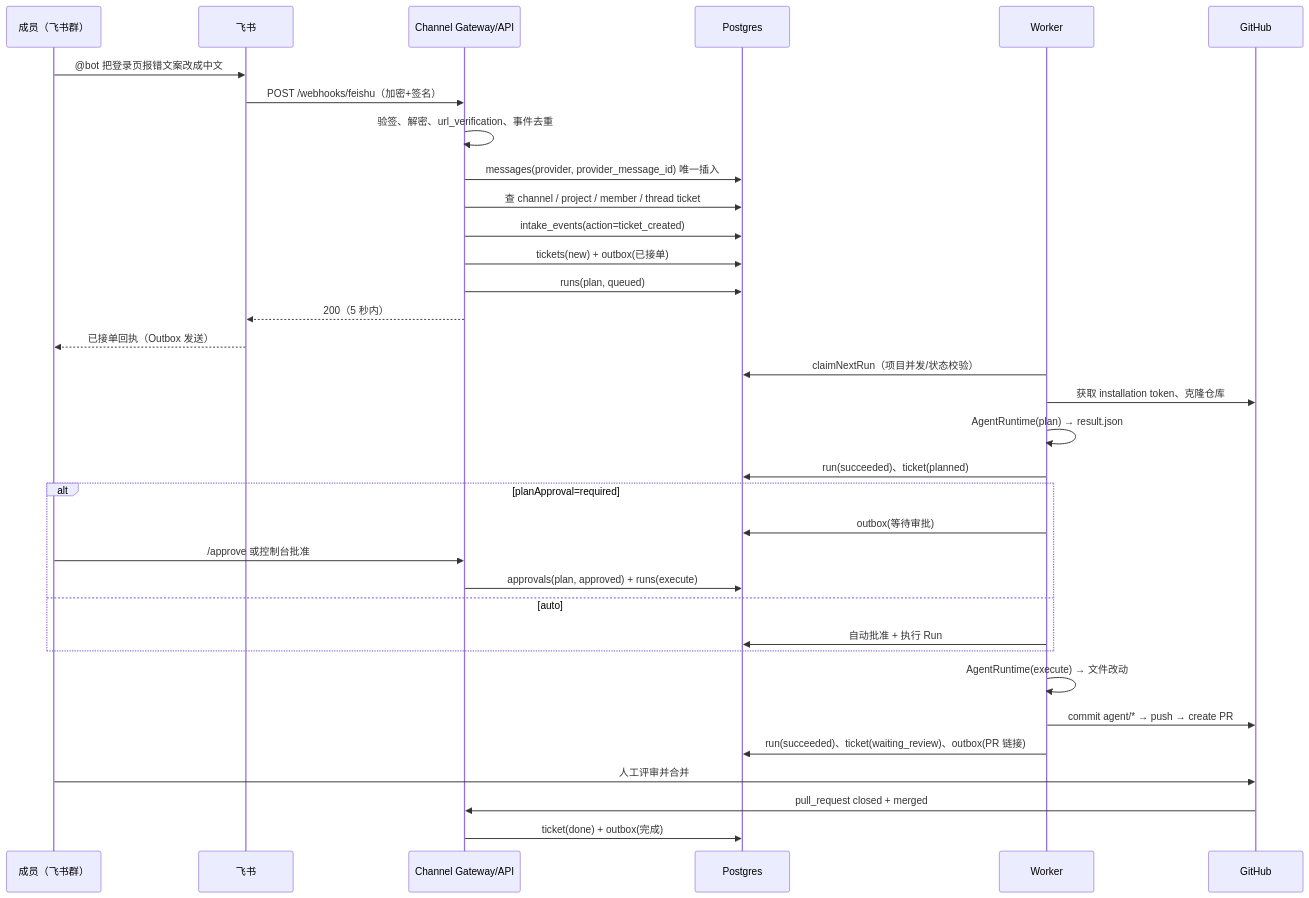
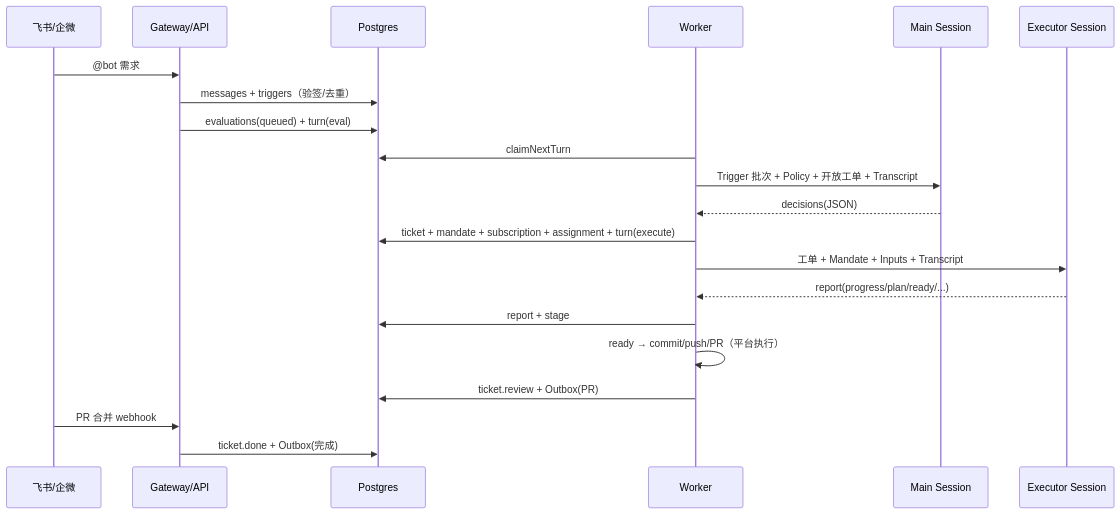
The diagram in docs/ARCHITECTURE.md (zjt485/superagent-platform), drawn with Mermaid before and after one commit. The commit also changed other lines of this file and 80 other files, not shown here.

First line of the commit message:
feat(platform)!: rewrite core around Main and Executor sessions

````diff
--- a/docs/ARCHITECTURE.md
+++ b/docs/ARCHITECTURE.md
@@ -53,37 +67,24 @@
 ```mermaid
 sequenceDiagram
-  participant U as 成员（飞书群）
-  participant F as 飞书
-  participant API as Channel Gateway/API
+  participant IM as 飞书/企微
+  participant API as Gateway/API
   participant DB as Postgres
   participant W as Worker
-  participant G as GitHub
+  participant MS as Main Session
+  participant ES as Executor Session
 
-  U->>F: @bot 把登录页报错文案改成中文
-  F->>API: POST /webhooks/feishu（加密+签名）
-  API->>API: 验签、解密、url_verification、事件去重
-  API->>DB: messages(provider, provider_message_id) 唯一插入
-  API->>DB: 查 channel / project / member / thread ticket
-  API->>DB: intake_events(action=ticket_created)
-  API->>DB: tickets(new) + outbox(已接单)
-  API->>DB: runs(plan, queued)
-  API-->>F: 200（5 秒内）
-  F-->>U: 已接单回执（Outbox 发送）
-  W->>DB: claimNextRun（项目并发/状态校验）
-  W->>G: 获取 installation token、克隆仓库
-  W->>W: AgentRuntime(plan) → result.json
-  W->>DB: run(succeeded)、ticket(planned)
-  alt planApproval=required
-    W->>DB: outbox(等待审批)
-    U->>API: /approve 或控制台批准
-    API->>DB: approvals(plan, approved) + runs(execute)
-  else auto
-    W->>DB: 自动批准 + 执行 Run
-  end
-  W->>W: AgentRuntime(execute) → 文件改动
-  W->>G: commit agent/* → push → create PR
-  W->>DB: run(succeeded)、ticket(waiting_review)、outbox(PR 链接)
-  U->>G: 人工评审并合并
-  G->>API: pull_request closed + merged
-  API->>DB: ticket(done) + outbox(完成)
+  IM->>API: @bot 需求
+  API->>DB: messages + triggers（验签/去重）
+  API->>DB: evaluations(queued) + turn(eval)
+  W->>DB: claimNextTurn
+  W->>MS: Trigger 批次 + Policy + 开放工单 + Transcript
+  MS-->>W: decisions(JSON)
+  W->>DB: ticket + mandate + subscription + assignment + turn(execute)
+  W->>ES: 工单 + Mandate + Inputs + Transcript
+  ES-->>W: report(progress/plan/ready/...)
+  W->>DB: report + stage
+  W->>W: ready → commit/push/PR（平台执行）
+  W->>DB: ticket.review + Outbox(PR)
+  IM->>API: PR 合并 webhook
+  API->>DB: ticket.done + Outbox(完成)
 ```
````
